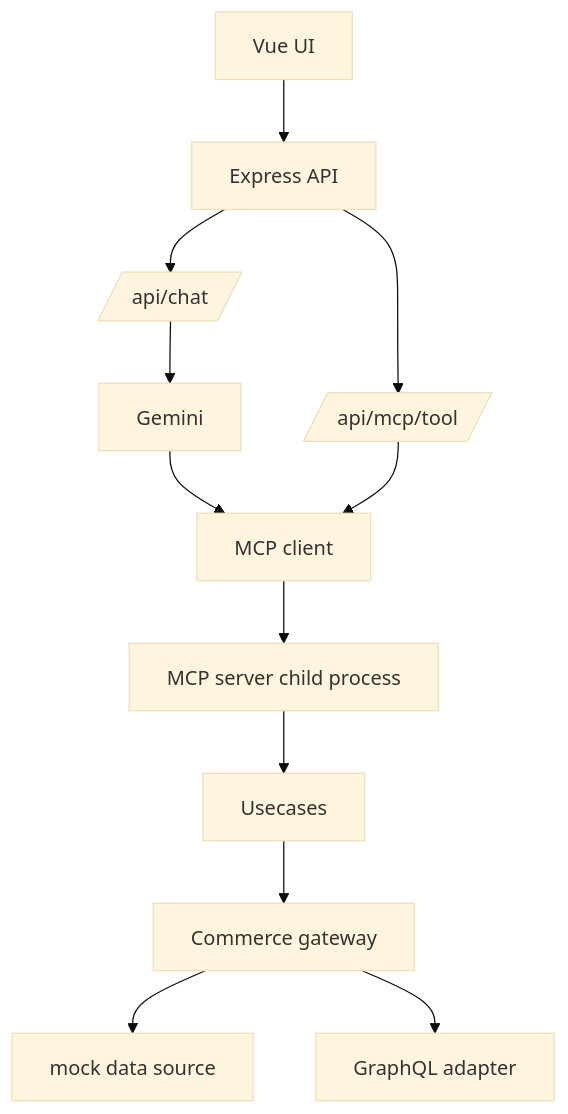
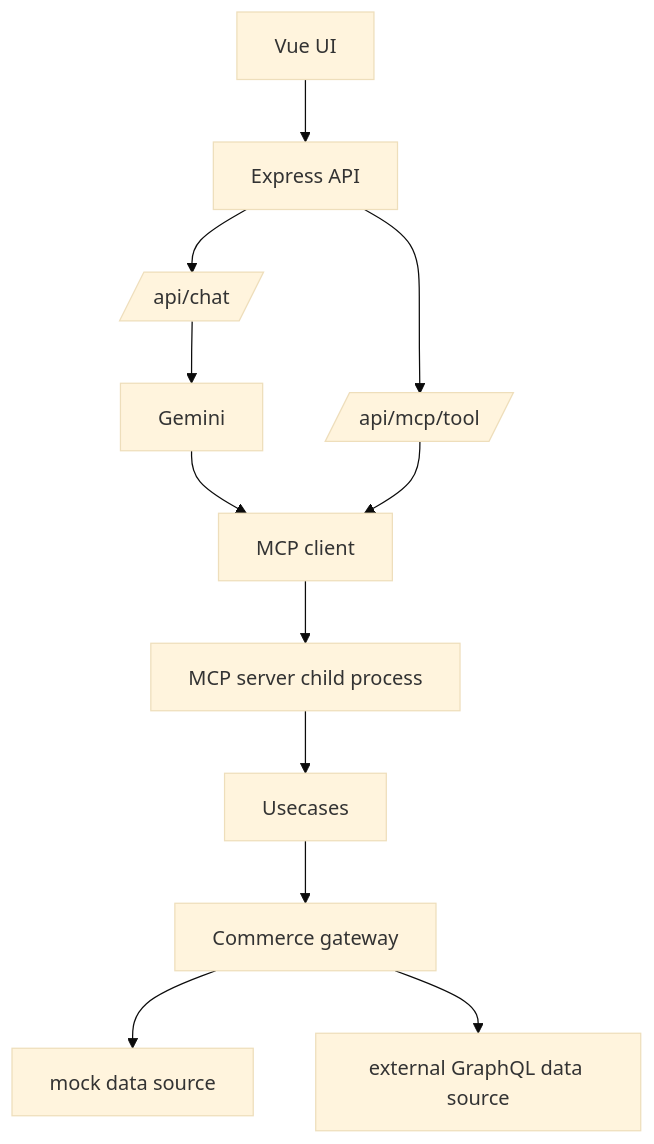
One commit to kazuki-0724/mcp-ec-front changed the diagram in doc/02_architecture/README.md. Above: the diagram before and after it, drawn with Mermaid (base theme). The commit also changed other lines of this file and 15 other files, not shown here.

````diff
--- a/doc/02_architecture/README.md
+++ b/doc/02_architecture/README.md
@@ -7,14 +7,14 @@
 ```mermaid
 flowchart TD
-	UI[Vue UI] --> API[Express API]
-	API --> Chat[/api/chat/]
-	API --> Tool[/api/mcp/tool/]
-	Chat --> Gemini[Gemini]
-	Gemini --> MCPClient[MCP client]
-	Tool --> MCPClient
-	MCPClient --> MCPServer[MCP server child process]
-	MCPServer --> Usecases[Usecases]
-	Usecases --> Gateway[Commerce gateway]
-	Gateway --> Mock[mock data source]
-	Gateway --> External[GraphQL adapter]
+  UI[Vue UI] --> API[Express API]
+  API --> Chat[/api/chat/]
+  API --> Tool[/api/mcp/tool/]
+  Chat --> Gemini[Gemini]
+  Gemini --> MCPClient[MCP client]
+  Tool --> MCPClient
+  MCPClient --> MCPServer[MCP server child process]
+  MCPServer --> Usecases[Usecases]
+  Usecases --> Gateway[Commerce gateway]
+  Gateway --> Mock[mock data source]
+  Gateway --> External[external GraphQL data source]
 ```
````
